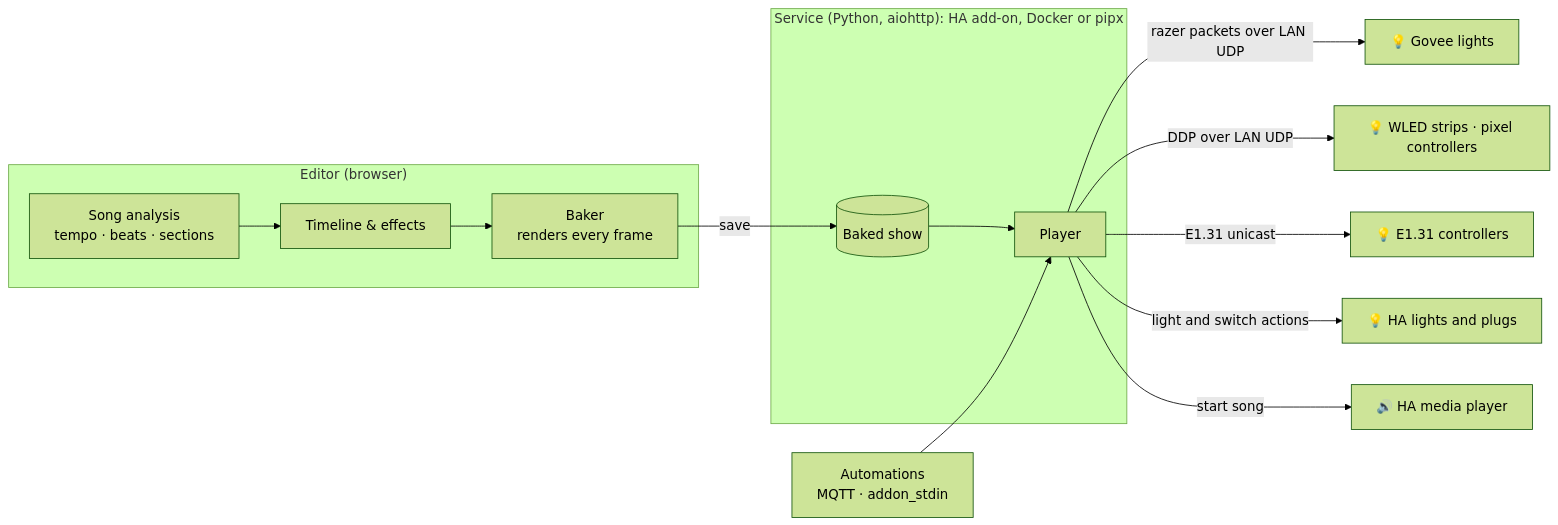
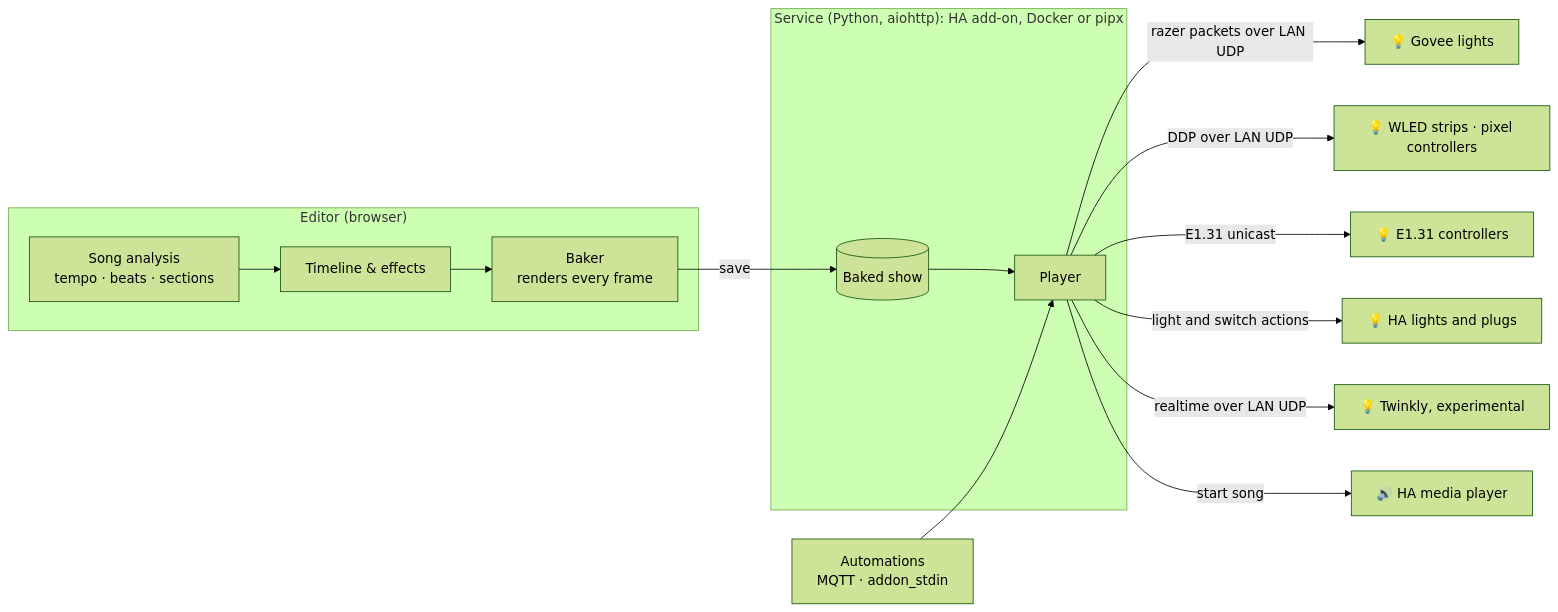
The diagram in README.md (gavin-vbmedia/govee-ha-show), drawn with Mermaid (forest theme) before and after one commit. The commit also changed other lines of this file and 13 other files, not shown here.

````diff
--- a/README.md
+++ b/README.md
@@ -174,17 +175,18 @@
 ```mermaid
 flowchart LR
     subgraph Browser["Editor (browser)"]
         A[Song analysis<br/>tempo · beats · sections] --> B[Timeline &amp; effects]
         B --> C[Baker<br/>renders every frame]
     end
     subgraph Addon["Service (Python, aiohttp): HA add-on, Docker or pipx"]
         D[(Baked show)] --> E[Player]
     end
     C -- save --> D
     E -- "razer packets over LAN UDP" --> F[💡 Govee lights]
     E -- "DDP over LAN UDP" --> W[💡 WLED strips · pixel controllers]
     E -- "E1.31 unicast" --> X[💡 E1.31 controllers]
     E -- "light and switch actions" --> Y[💡 HA lights and plugs]
+    E -- "realtime over LAN UDP" --> Z[💡 Twinkly, experimental]
     E -- "start song" --> G[🔊 HA media player]
     H[Automations<br/>MQTT · addon_stdin] --> E
 ```
````
